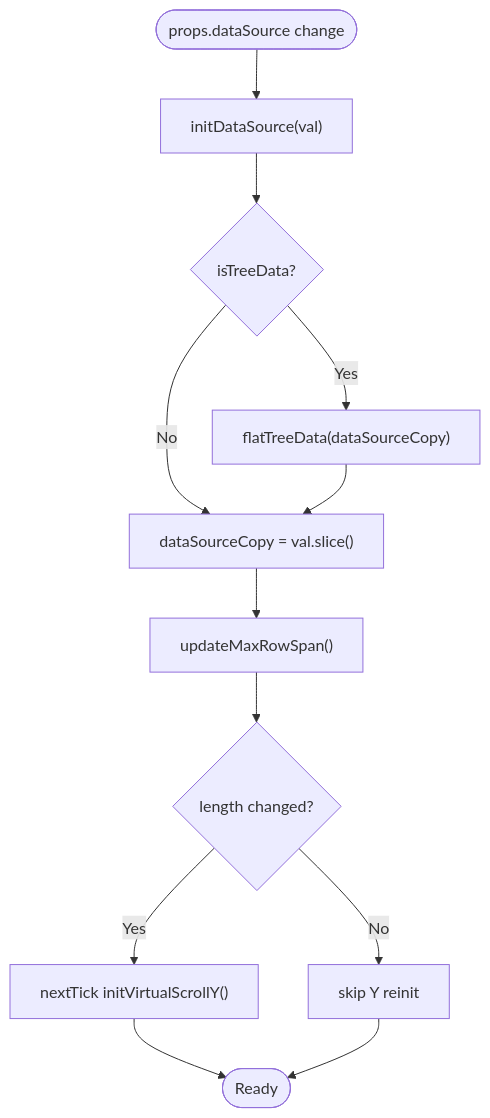
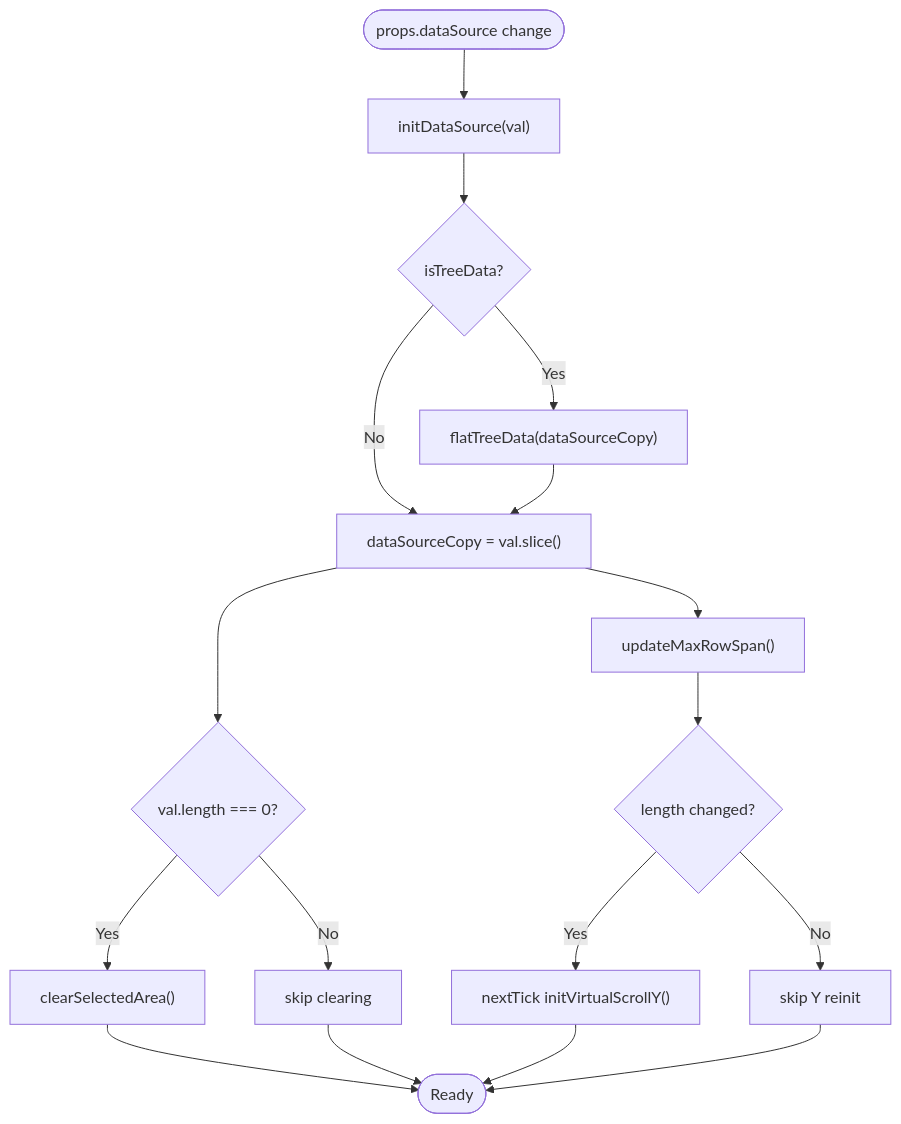
Before and after one commit to ja-plus/stk-table-vue: the third of 8 diagrams in .qoder/repowiki/en/content/Core Concepts/Data Binding and Reactive Architecture.md, drawn with Mermaid. The commit also changed other lines of this file and 4 other files, not shown here.

````diff
--- a/.qoder/repowiki/en/content/Core Concepts/Data Binding and Reactive Architecture.md
+++ b/.qoder/repowiki/en/content/Core Concepts/Data Binding and Reactive Architecture.md
@@ -147,14 +172,19 @@
 ```mermaid
 flowchart TD
 Start(["props.dataSource change"]) --> Init["initDataSource(val)"]
 Init --> IsTree{"isTreeData?"}
 IsTree --> |Yes| Flat["flatTreeData(dataSourceCopy)"]
 IsTree --> |No| Copy["dataSourceCopy = val.slice()"]
 Flat --> Copy
 Copy --> MaxSpan["updateMaxRowSpan()"]
 MaxSpan --> NeedY{"length changed?"}
 NeedY --> |Yes| ReinitY["nextTick initVirtualScrollY()"]
 NeedY --> |No| SkipY["skip Y reinit"]
-ReinitY --> Done(["Ready"])
+Copy --> EmptyCheck{"val.length === 0?"}
+EmptyCheck --> |Yes| ClearSel["clearSelectedArea()"]
+EmptyCheck --> |No| SkipClear["skip clearing"]
+ClearSel --> Done(["Ready"])
+SkipClear --> Done
+ReinitY --> Done
 SkipY --> Done
 ```
````
